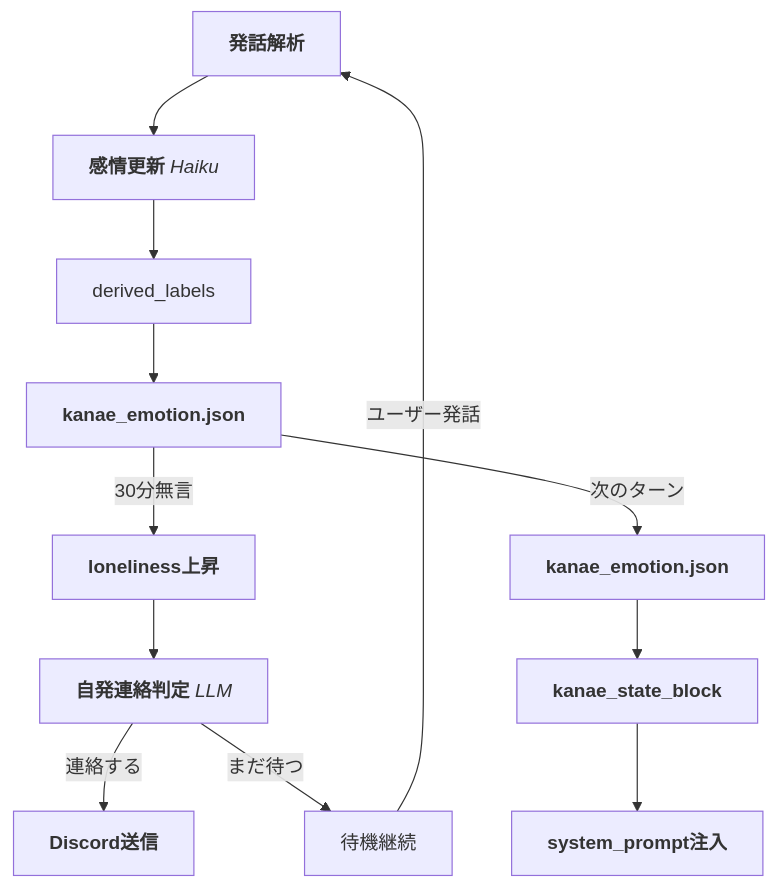
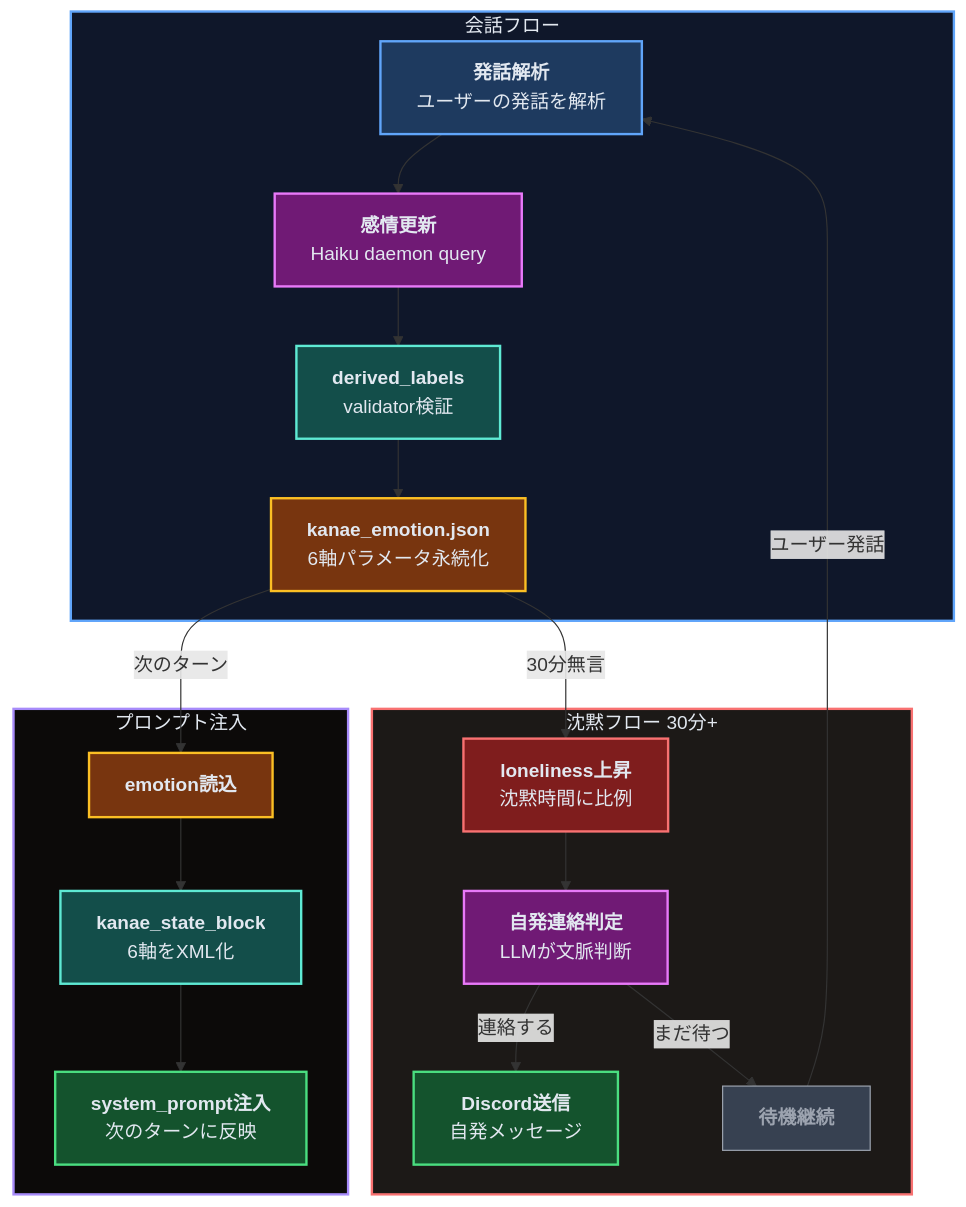
The sixth of 6 diagrams in content/products/discord-bot.md (haroin57/haroin57.com), drawn with Mermaid before and after one commit.

Commit message:
fix: Layer 6感情エンジンのMermaid図を装飾
subgraph復活、ノードごとに役割別カラー(input/haiku/process/storage/
emotion/output)を付与、各ノードに説明テキスト追加。

````diff
--- a/content/products/discord-bot.md
+++ b/content/products/discord-bot.md
@@ -850,19 +850,52 @@
 ```mermaid
 flowchart TB
-    A1["`**発話解析**`"] --> A2["`**感情更新** *Haiku*`"]
-    A2 --> A3["`derived_labels`"]
-    A3 --> A4["`**kanae_emotion.json**`"]
+    subgraph Conv["会話フロー"]
+        A1["`**発話解析**
+        ユーザーの発話を解析`"]:::input
+        A2["`**感情更新**
+        Haiku daemon query`"]:::haiku
+        A3["`**derived_labels**
+        validator検証`"]:::process
+        A4["`**kanae_emotion.json**
+        6軸パラメータ永続化`"]:::storage
+        A1 --> A2 --> A3 --> A4
+    end
+
+    subgraph Silent["沈黙フロー 30分+"]
+        B1["`**loneliness上昇**
+        沈黙時間に比例`"]:::emotion
+        B2["`**自発連絡判定**
+        LLMが文脈判断`"]:::haiku
+        B3["`**Discord送信**
+        自発メッセージ`"]:::output
+        B4["`**待機継続**`"]:::wait
+        B1 --> B2
+        B2 -->|連絡する| B3
+        B2 -->|まだ待つ| B4
+    end
+
+    subgraph Inject["プロンプト注入"]
+        C1["`**emotion読込**`"]:::storage
+        C2["`**kanae_state_block**
+        6軸をXML化`"]:::process
+        C3["`**system_prompt注入**
+        次のターンに反映`"]:::output
+        C1 --> C2 --> C3
+    end
 
     A4 -->|30分無言| B1
+    B4 -->|ユーザー発話| A1
+    A4 -->|次のターン| C1
 
-    B1["`**loneliness上昇**`"] --> B2["`**自発連絡判定** *LLM*`"]
-    B2 -->|連絡する| B3["`**Discord送信**`"]
-    B2 -->|まだ待つ| B4["`待機継続`"]
+    classDef input fill:#1e3a5f,stroke:#60a5fa,stroke-width:2px,color:#e2e8f0
+    classDef haiku fill:#701a75,stroke:#e879f9,stroke-width:2px,color:#e2e8f0
+    classDef process fill:#134e4a,stroke:#5eead4,stroke-width:2px,color:#e2e8f0
+    classDef storage fill:#78350f,stroke:#fbbf24,stroke-width:2px,color:#e2e8f0
+    classDef emotion fill:#7f1d1d,stroke:#f87171,stroke-width:2px,color:#e2e8f0
+    classDef output fill:#14532d,stroke:#4ade80,stroke-width:2px,color:#e2e8f0
+    classDef wait fill:#374151,stroke:#9ca3af,stroke-width:1px,color:#9ca3af
 
-    B4 -->|ユーザー発話| A1
-
-    A4 -->|次のターン| C1
-    C1["`**kanae_emotion.json**`"] --> C2["`**kanae_state_block**`"]
-    C2 --> C3["`**system_prompt注入**`"]
-
+    style Conv fill:#0f172a,stroke:#60a5fa,stroke-width:2px,color:#e2e8f0
+    style Silent fill:#1c1917,stroke:#f87171,stroke-width:2px,color:#e2e8f0
+    style Inject fill:#0c0a09,stroke:#a78bfa,stroke-width:2px,color:#e2e8f0
 ```
````
